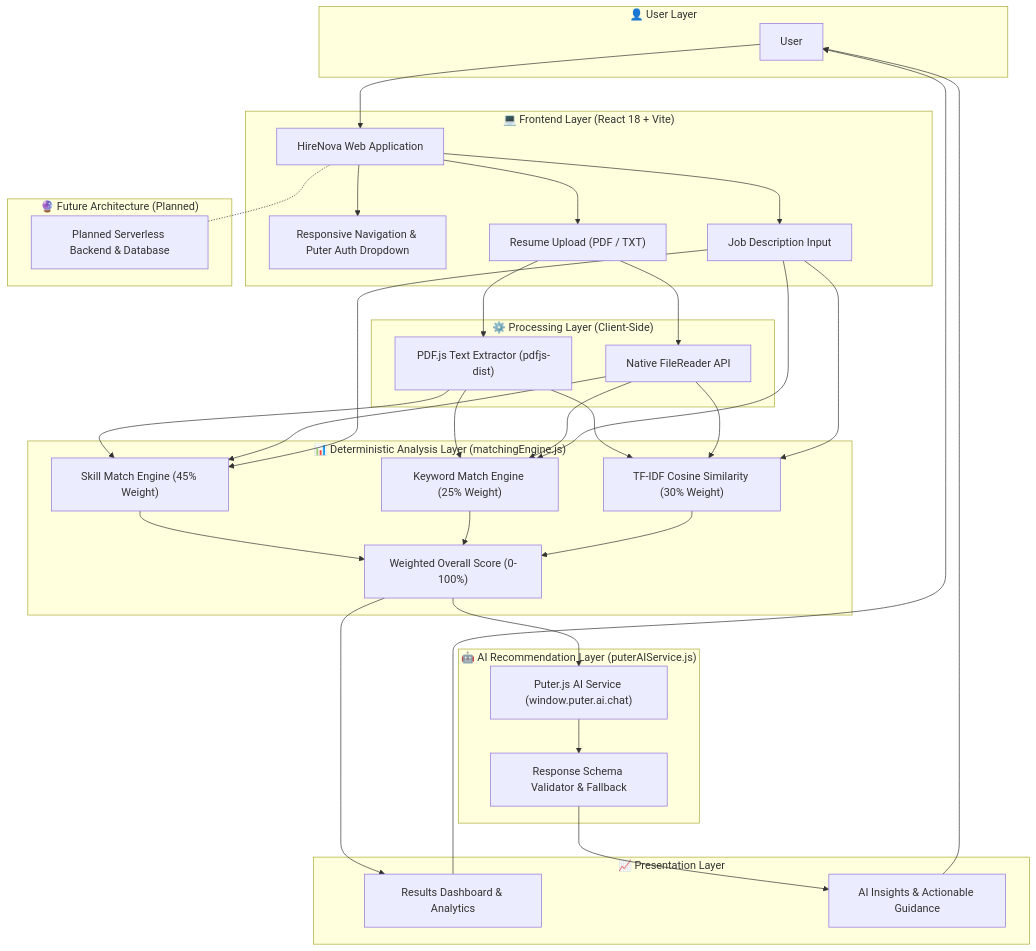
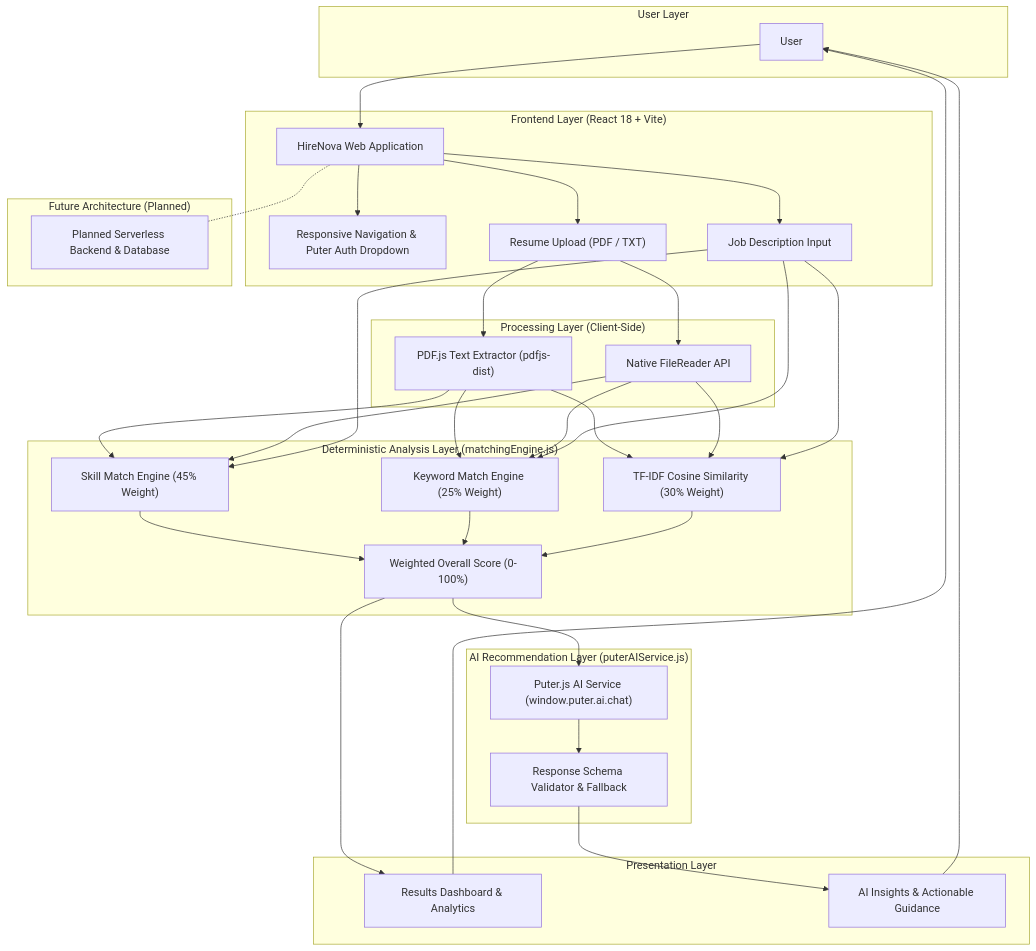
Before and after one commit to hanisha-senthilkumar/hirenova-ai-resume: the diagram in README.md, drawn with Mermaid.

````diff
--- a/README.md
+++ b/README.md
@@ -105,74 +105,74 @@
 ```mermaid
 flowchart TD
-    subgraph UserLayer["👤 User Layer"]
+    subgraph UserLayer[" User Layer"]
         User["User"]
     end
 
-    subgraph FrontendLayer["💻 Frontend Layer (React 18 + Vite)"]
+    subgraph FrontendLayer[" Frontend Layer (React 18 + Vite)"]
         WebApp["HireNova Web Application"]
         Navbar["Responsive Navigation & Puter Auth Dropdown"]
         ResumeInput["Resume Upload (PDF / TXT)"]
         JDInput["Job Description Input"]
     end
 
-    subgraph ProcessingLayer["⚙️ Processing Layer (Client-Side)"]
+    subgraph ProcessingLayer[" Processing Layer (Client-Side)"]
         PDFParser["PDF.js Text Extractor (pdfjs-dist)"]
         TXTReader["Native FileReader API"]
     end
 
-    subgraph AnalysisLayer["📊 Deterministic Analysis Layer (matchingEngine.js)"]
+    subgraph AnalysisLayer[" Deterministic Analysis Layer (matchingEngine.js)"]
         SkillEngine["Skill Match Engine (45% Weight)"]
         KeywordEngine["Keyword Match Engine (25% Weight)"]
         CosineEngine["TF-IDF Cosine Similarity (30% Weight)"]
         ScoreCalc["Weighted Overall Score (0-100%)"]
     end
 
-    subgraph RecommendationLayer["🤖 AI Recommendation Layer (puterAIService.js)"]
+    subgraph RecommendationLayer[" AI Recommendation Layer (puterAIService.js)"]
         PuterAI["Puter.js AI Service (window.puter.ai.chat)"]
         AIValidator["Response Schema Validator & Fallback"]
     end
 
-    subgraph PresentationLayer["📈 Presentation Layer"]
+    subgraph PresentationLayer[" Presentation Layer"]
         Dashboard["Results Dashboard & Analytics"]
         AIInsights["AI Insights & Actionable Guidance"]
     end
 
-    subgraph PlannedLayer["🔮 Future Architecture (Planned)"]
+    subgraph PlannedLayer[" Future Architecture (Planned)"]
         PlannedBackend["Planned Serverless Backend & Database"]
     end
 
     User --> WebApp
     WebApp --> Navbar
     WebApp --> ResumeInput
     WebApp --> JDInput
 
     ResumeInput --> PDFParser
     ResumeInput --> TXTReader
     
     PDFParser --> SkillEngine
     PDFParser --> KeywordEngine
     PDFParser --> CosineEngine
     
     TXTReader --> SkillEngine
     TXTReader --> KeywordEngine
     TXTReader --> CosineEngine
     
     JDInput --> SkillEngine
     JDInput --> KeywordEngine
     JDInput --> CosineEngine
 
     SkillEngine --> ScoreCalc
     KeywordEngine --> ScoreCalc
     CosineEngine --> ScoreCalc
 
     ScoreCalc --> Dashboard
     ScoreCalc --> PuterAI
 
     PuterAI --> AIValidator
     AIValidator --> AIInsights
 
     Dashboard --> User
     AIInsights --> User
 
     WebApp -.- PlannedBackend
 ```
````
